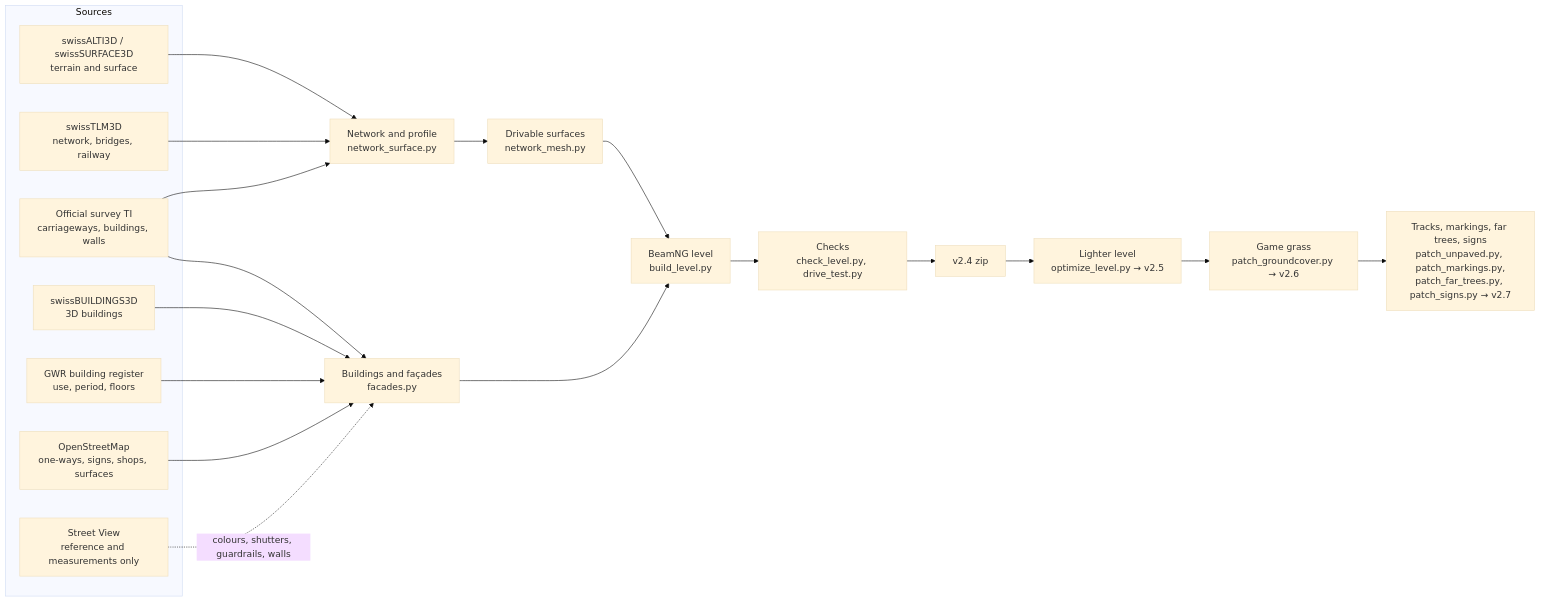
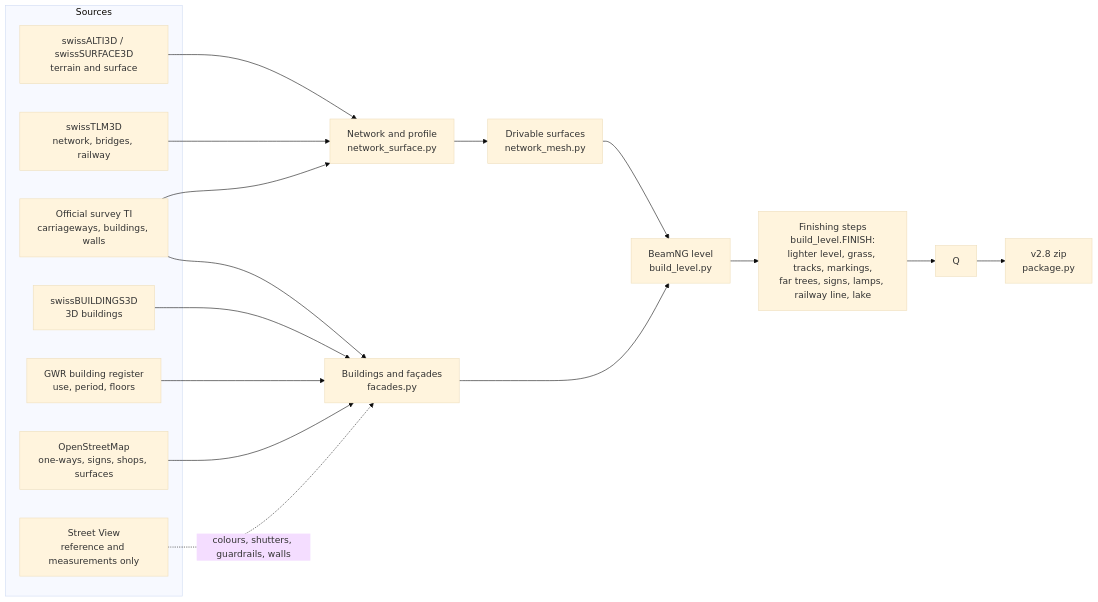
One commit to wintrymichi/magliasinaNG changed the diagram in README.md. Above: the diagram before and after it, drawn with Mermaid (base theme). The commit also changed other lines of this file and 1 other file, not shown here.

First line of the commit message:
README, CHANGELOG: v2.8 built from scratch with its finishing steps, guard rails, lights at night

````diff
--- a/README.md
+++ b/README.md
@@ -123,22 +123,20 @@
 ```mermaid
 flowchart LR
     subgraph Sources
         A[swissALTI3D / swissSURFACE3D<br/>terrain and surface]
         B[swissTLM3D<br/>network, bridges, railway]
         C[Official survey TI<br/>carriageways, buildings, walls]
         D[swissBUILDINGS3D<br/>3D buildings]
         E[GWR building register<br/>use, period, floors]
         F[OpenStreetMap<br/>one-ways, signs, shops, surfaces]
         G[Street View<br/>reference and measurements only]
     end
     A & B & C --> R[Network and profile<br/>network_surface.py]
     R --> M[Drivable surfaces<br/>network_mesh.py]
     D & C & E & F --> H[Buildings and façades<br/>facades.py]
     G -. colours, shutters, guardrails, walls .-> H
     M & H --> L[BeamNG level<br/>build_level.py]
-    L --> Q[Checks<br/>check_level.py, drive_test.py]
-    Q --> Z[v2.4 zip]
-    Z --> O[Lighter level<br/>optimize_level.py → v2.5]
-    O --> P[Game grass<br/>patch_groundcover.py → v2.6]
-    P --> S[Tracks, markings, far trees, signs<br/>patch_unpaved.py, patch_markings.py,<br/>patch_far_trees.py, patch_signs.py → v2.7]
+    L --> O[Finishing steps<br/>build_level.FINISH:<br/>lighter level, grass, tracks, markings,<br/>far trees, signs, lamps, railway line, lake]
+    O --> Q
+    Q --> Z[v2.8 zip<br/>package.py]
 ```
````
